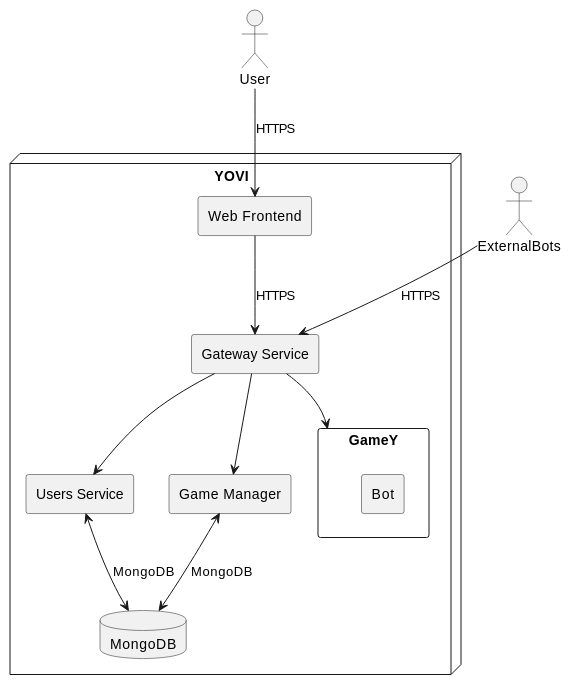
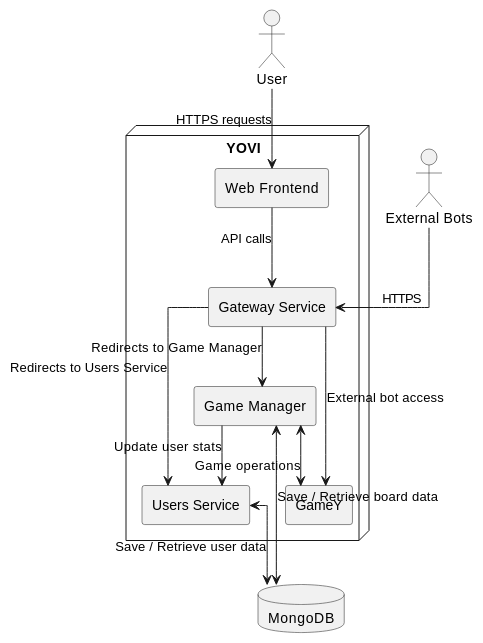
The second of 2 diagrams in docs/src/03_context_and_scope.adoc (Arquisoft/yovi_en3a), drawn with PlantUML before and after one commit. The commit also changed other lines of this file and 3 other files, not shown here.

```diff
--- a/docs/src/03_context_and_scope.adoc
+++ b/docs/src/03_context_and_scope.adoc
@@ -92,34 +93,27 @@
 [plantuml, "Technical context",png]
 ----
+skinparam linetype ortho
+
 actor User
-actor ExternalBots as Bots
+actor "External Bots" as Bots
+database "MongoDB" as DB
 
 node "YOVI" {
-
     rectangle "Web Frontend" as Frontend
-    
-    rectangle "Gateway Service" as API
-
+    rectangle "Gateway Service" as Gateway
     rectangle "Users Service" as Service
-
-    rectangle "GameY" as Game {
-        rectangle "Bot"
-    }
-
     rectangle "Game Manager" as Manager
-
-    database "MongoDB" as DB
+    rectangle "GameY" as Game
 }
 
-User --> Frontend : HTTPS
-Bots --> API : HTTPS
-
-Frontend --> API : HTTPS
-
-API --> Service
-API --> Manager
-API --> Game
-
-Service <--> DB : MongoDB
-Manager <--> DB : MongoDB
+User --> Frontend : HTTPS requests
+Frontend --> Gateway : API calls
+Gateway --> Service : Redirects to Users Service
+Gateway --> Manager : Redirects to Game Manager
+Gateway --> Game : External bot access
+Bots --> Gateway : HTTPS
+Service <--> DB : Save / Retrieve user data
+Manager <--> DB : Save / Retrieve board data
+Manager <--> Game : Game operations
+Manager --> Service : Update user stats
 ----
```
